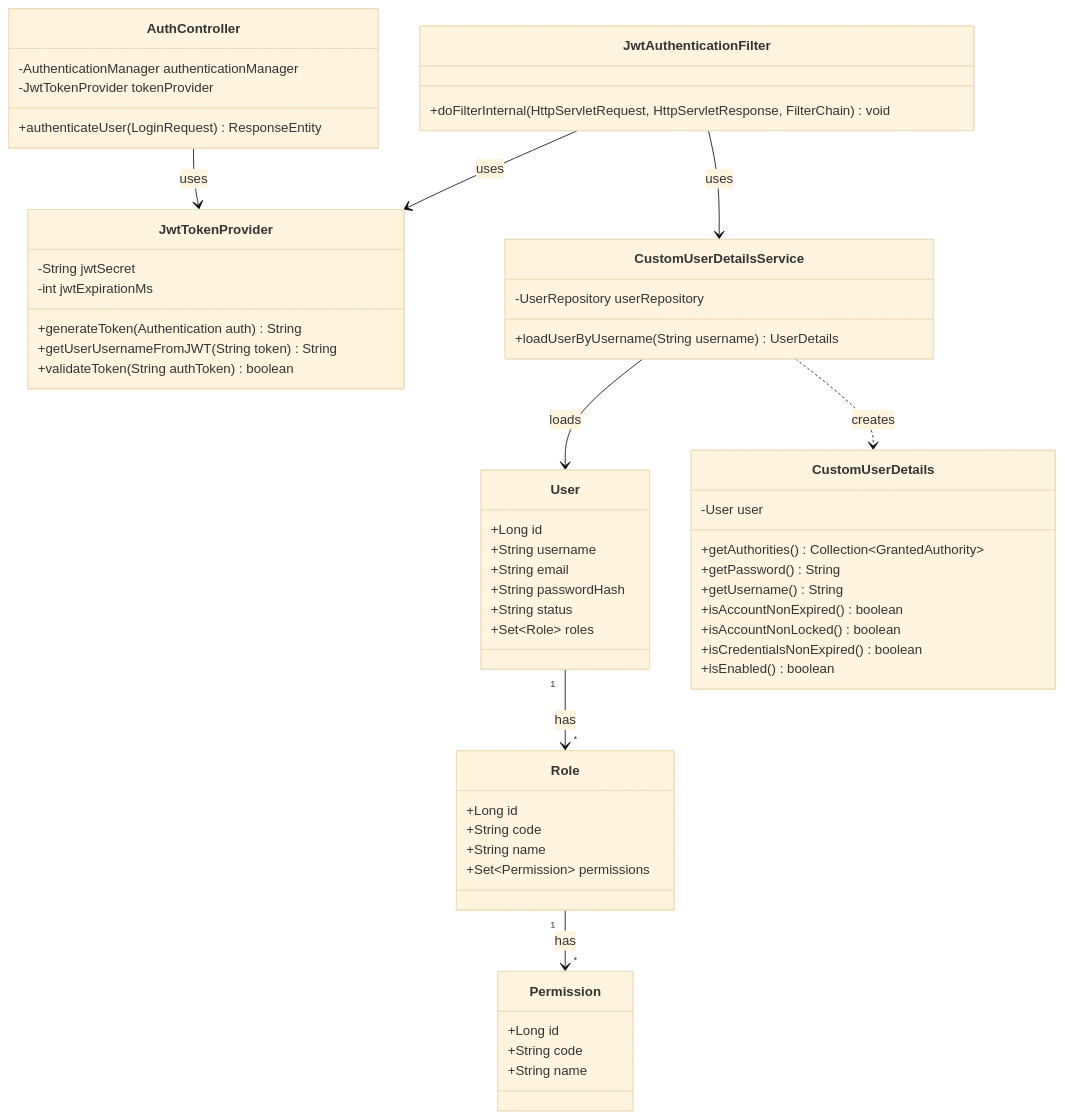
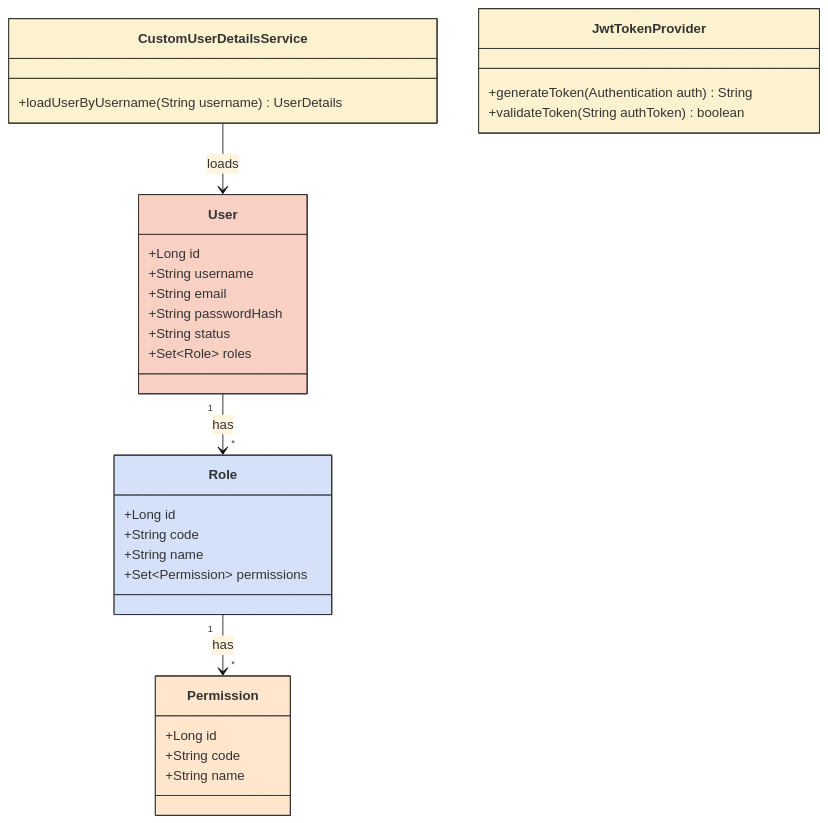
The fourth of 11 diagrams in docs/UML.md (GinNgo/He-thong-quan-ly-khach-san), drawn with Mermaid (base theme) before and after one commit. The commit also changed other lines of this file and 33 other files, not shown here.

````diff
--- a/docs/UML.md
+++ b/docs/UML.md
@@ -5,66 +96,43 @@
 ```mermaid
 classDiagram
     class User {
         +Long id
         +String username
         +String email
         +String passwordHash
         +String status
         +Set~Role~ roles
     }
 
     class Role {
         +Long id
         +String code
         +String name
         +Set~Permission~ permissions
     }
 
     class Permission {
         +Long id
         +String code
         +String name
     }
 
-    class CustomUserDetails {
-        -User user
-        +getAuthorities() Collection~GrantedAuthority~
-        +getPassword() String
-        +getUsername() String
-        +isAccountNonExpired() boolean
-        +isAccountNonLocked() boolean
-        +isCredentialsNonExpired() boolean
-        +isEnabled() boolean
+    class CustomUserDetailsService {
+        +loadUserByUsername(String username) UserDetails
     }
 
     class JwtTokenProvider {
-        -String jwtSecret
-        -int jwtExpirationMs
         +generateToken(Authentication auth) String
-        +getUserUsernameFromJWT(String token) String
         +validateToken(String authToken) boolean
-    }
-
-    class JwtAuthenticationFilter {
-        +doFilterInternal(HttpServletRequest, HttpServletResponse, FilterChain) void
-    }
-
-    class AuthController {
-        -AuthenticationManager authenticationManager
-        -JwtTokenProvider tokenProvider
-        +authenticateUser(LoginRequest) ResponseEntity
-    }
-
-    class CustomUserDetailsService {
-        -UserRepository userRepository
-        +loadUserByUsername(String username) UserDetails
     }
 
     User "1" --> "*" Role : has
     Role "1" --> "*" Permission : has
-    CustomUserDetailsService ..> CustomUserDetails : creates
     CustomUserDetailsService --> User : loads
-    JwtAuthenticationFilter --> JwtTokenProvider : uses
-    JwtAuthenticationFilter --> CustomUserDetailsService : uses
-    AuthController --> JwtTokenProvider : uses
+
+    style User fill:#f9d0c4,stroke:#333,stroke-width:1px
+    style Role fill:#d4e1f9,stroke:#333,stroke-width:1px
+    style Permission fill:#ffe6cc,stroke:#333,stroke-width:1px
+    style CustomUserDetailsService fill:#fdf2d0,stroke:#333,stroke-width:1px
+    style JwtTokenProvider fill:#fdf2d0,stroke:#333,stroke-width:1px
 ```
````
